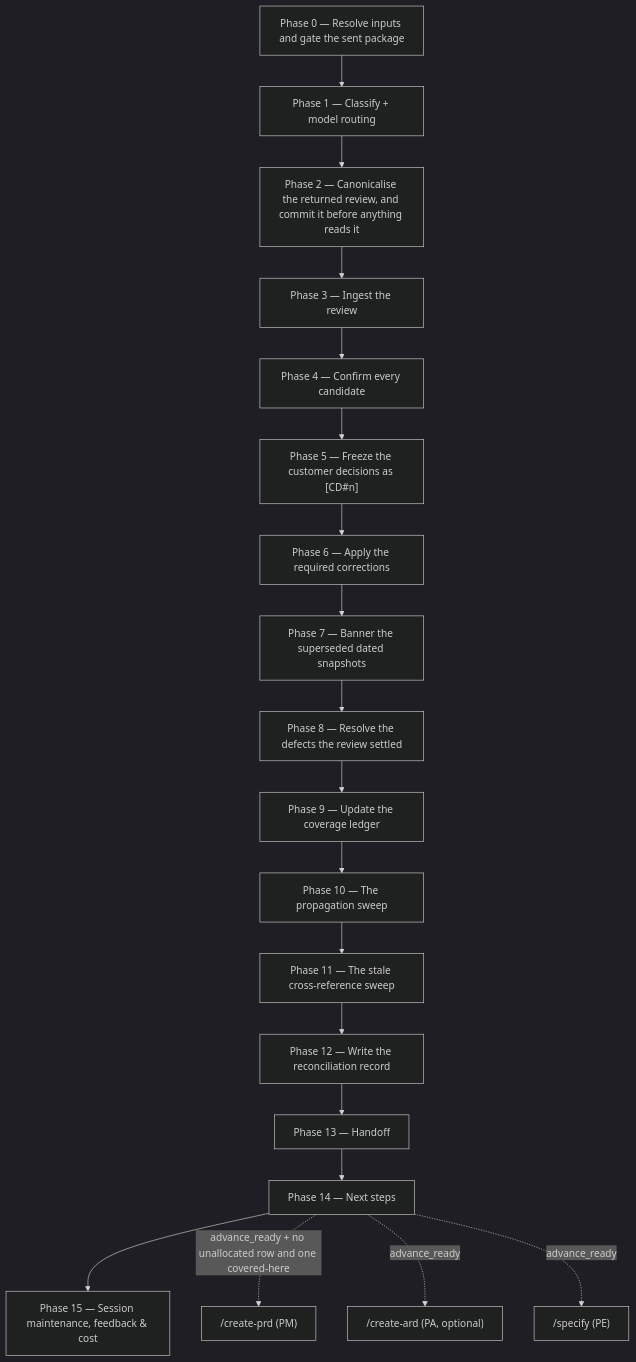
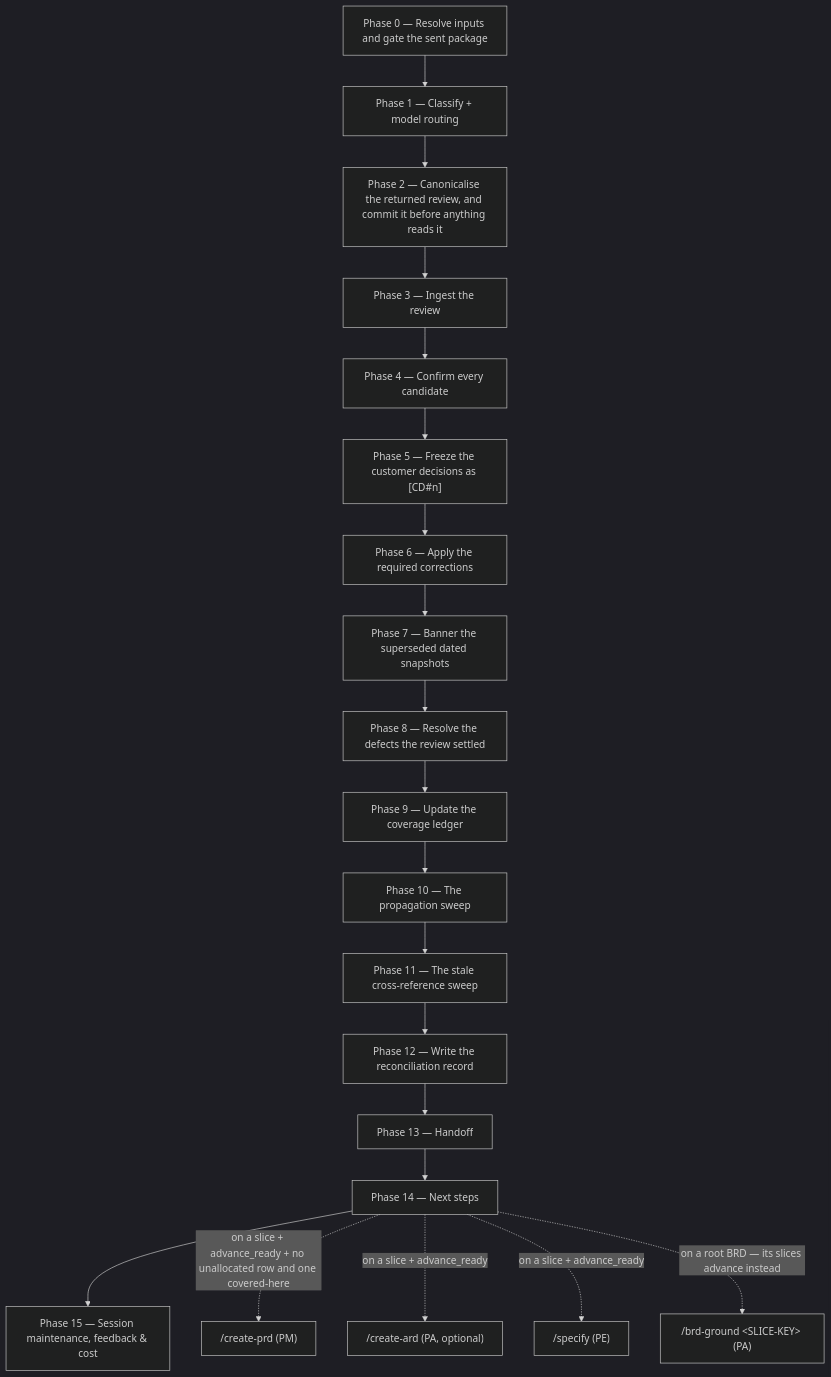
One commit to ihudak/ihudak-claude-plugins changed the diagram in plugins/dev-workflows/docs/commands/brd-reconcile.md. Above: the diagram before and after it, drawn with Mermaid (dark theme). The commit also changed other lines of this file and 21 other files, not shown here.

First line of the commit message:
Increment E, task E1: /create-prd, /create-ard and /specify refuse a BRD container

````diff
--- a/plugins/dev-workflows/docs/commands/brd-reconcile.md
+++ b/plugins/dev-workflows/docs/commands/brd-reconcile.md
@@ -57,21 +57,22 @@
 ```mermaid
 flowchart TD
     p0["Phase 0 — Resolve inputs and gate the sent package"] --> p1["Phase 1 — Classify + model routing"]
     p1 --> p2["Phase 2 — Canonicalise the returned review, and commit it before anything reads it"]
     p2 --> p3["Phase 3 — Ingest the review"]
     p3 --> p4["Phase 4 — Confirm every candidate"]
     p4 --> p5["Phase 5 — Freeze the customer decisions as [CD#n]"]
     p5 --> p6["Phase 6 — Apply the required corrections"]
     p6 --> p7["Phase 7 — Banner the superseded dated snapshots"]
     p7 --> p8["Phase 8 — Resolve the defects the review settled"]
     p8 --> p9["Phase 9 — Update the coverage ledger"]
     p9 --> p10["Phase 10 — The propagation sweep"]
     p10 --> p11["Phase 11 — The stale cross-reference sweep"]
     p11 --> p12["Phase 12 — Write the reconciliation record"]
     p12 --> p13["Phase 13 — Handoff"]
     p13 --> p14["Phase 14 — Next steps"]
     p14 --> p15["Phase 15 — Session maintenance, feedback & cost"]
-    p14 -.->|"advance_ready + no unallocated row and one covered-here"| prd["/create-prd (PM)"]
-    p14 -.->|"advance_ready"| ard["/create-ard (PA, optional)"]
-    p14 -.->|"advance_ready"| spec["/specify (PE)"]
+    p14 -.->|"on a slice + advance_ready + no unallocated row and one covered-here"| prd["/create-prd (PM)"]
+    p14 -.->|"on a slice + advance_ready"| ard["/create-ard (PA, optional)"]
+    p14 -.->|"on a slice + advance_ready"| spec["/specify (PE)"]
+    p14 -.->|"on a root BRD — its slices advance instead"| grd["/brd-ground &lt;SLICE-KEY&gt; (PA)"]
 ```
````
